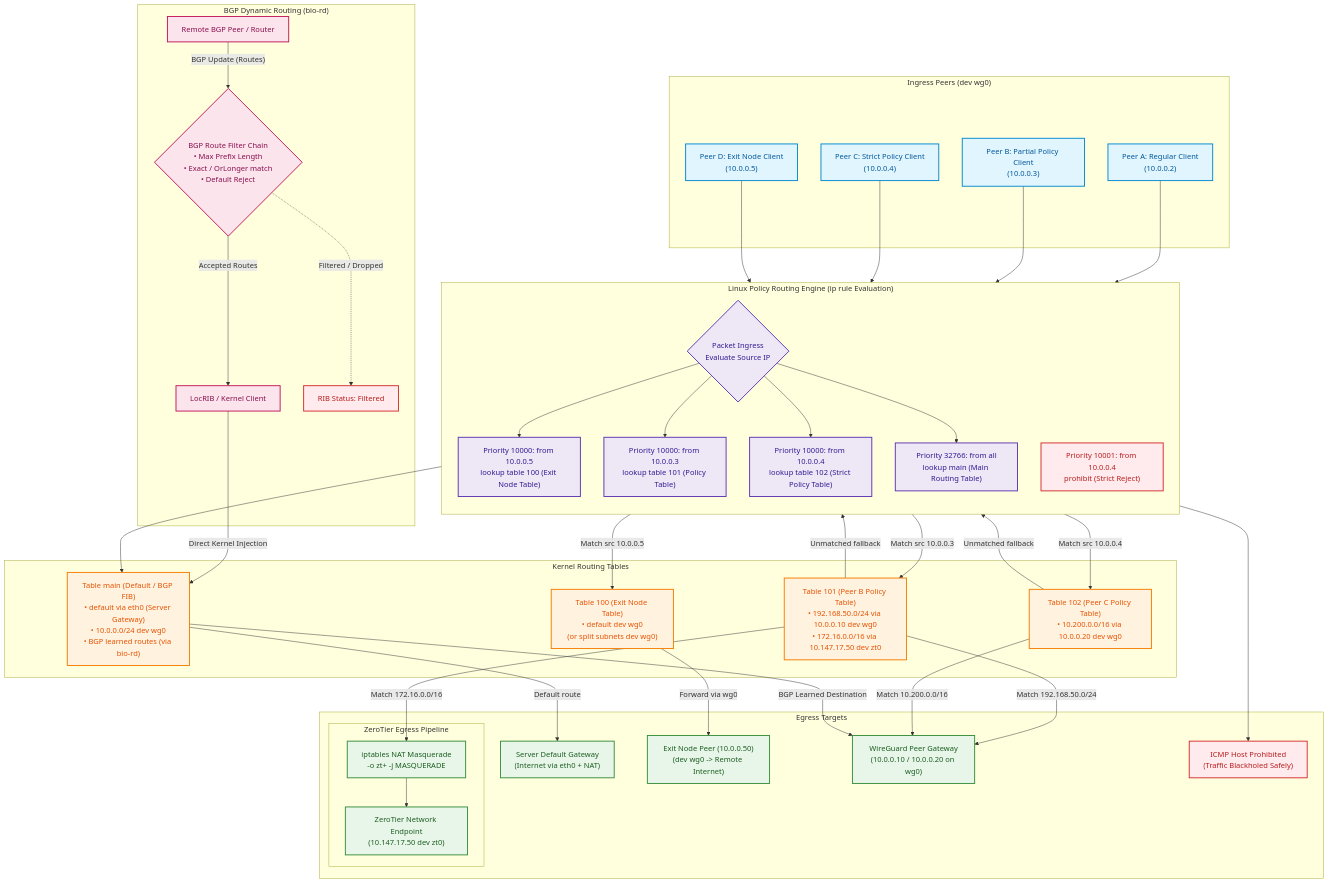
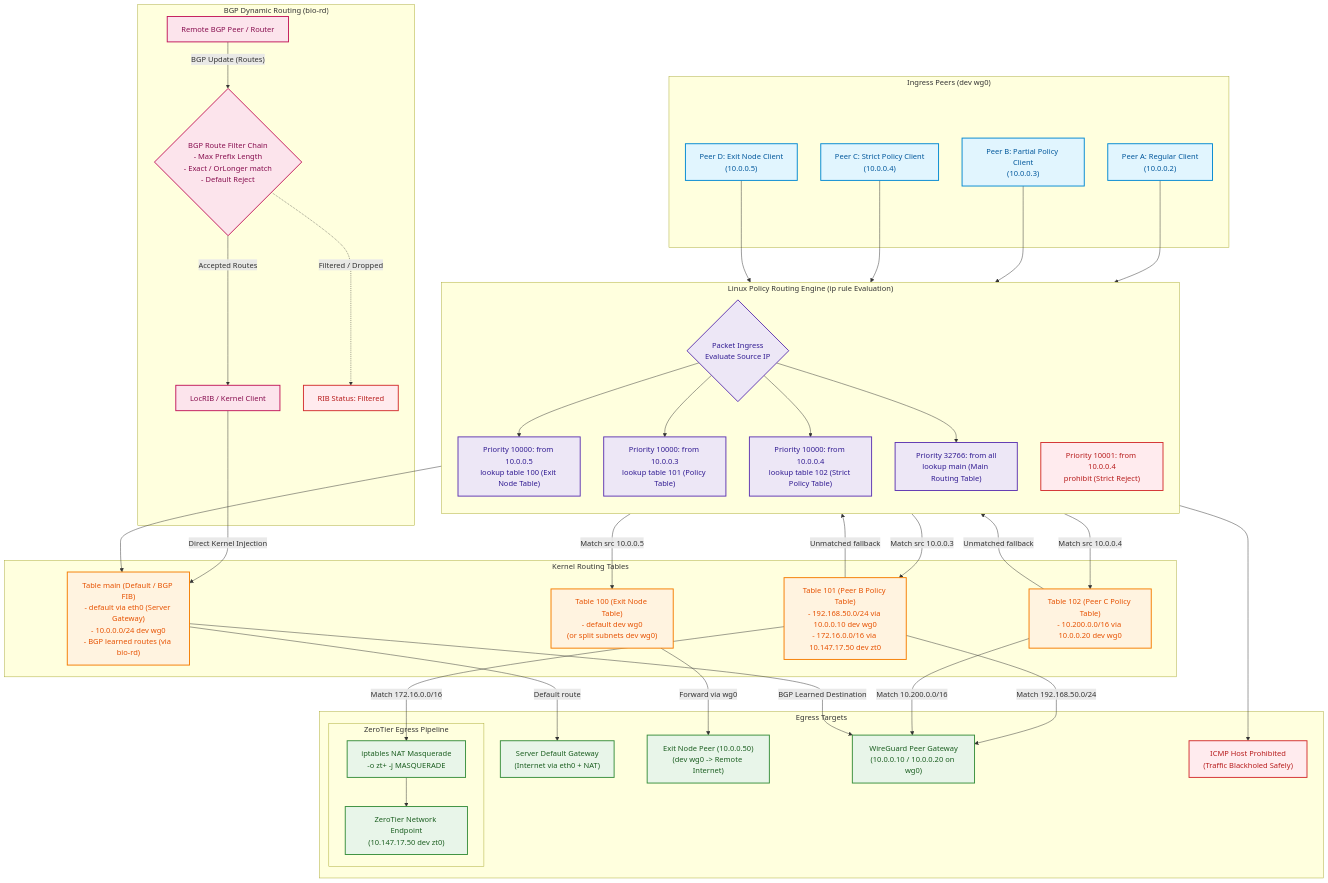
One commit to yix/wg-busy changed the first of 8 diagrams in ROUTING_SHOWCASE.md. Above: the diagram before and after it, drawn with Mermaid. The commit also changed other lines of this file, not shown here.

Commit message:
fix broken diagrams

````diff
--- a/ROUTING_SHOWCASE.md
+++ b/ROUTING_SHOWCASE.md
@@ -13,15 +13,15 @@
 ```mermaid
 flowchart TD
     %% Styling
-    classDef client fill:#e1f5fe,stroke:#0288d1,stroke-width:2px,color:#01579b;
-    classDef engine fill:#ede7f6,stroke:#5e35b1,stroke-width:2px,color:#311b92;
-    classDef table fill:#fff3e0,stroke:#f57c00,stroke-width:2px,color:#e65100;
-    classDef egress fill:#e8f5e9,stroke:#388e3c,stroke-width:2px,color:#1b5e20;
-    classDef bgp fill:#fce4ec,stroke:#c2185b,stroke-width:2px,color:#880e4f;
-    classDef drop fill:#ffebee,stroke:#d32f2f,stroke-width:2px,color:#b71c1c;
+    classDef client fill:#e1f5fe,stroke:#0288d1,stroke-width:2px,color:#01579b
+    classDef engine fill:#ede7f6,stroke:#5e35b1,stroke-width:2px,color:#311b92
+    classDef table fill:#fff3e0,stroke:#f57c00,stroke-width:2px,color:#e65100
+    classDef egress fill:#e8f5e9,stroke:#388e3c,stroke-width:2px,color:#1b5e20
+    classDef bgp fill:#fce4ec,stroke:#c2185b,stroke-width:2px,color:#880e4f
+    classDef drop fill:#ffebee,stroke:#d32f2f,stroke-width:2px,color:#b71c1c
 
     %% Ingress Clients
-    subgraph Ingress["Ingress Peers (dev wg0)"]
+    subgraph Ingress ["Ingress Peers (dev wg0)"]
         P_REG["Peer A: Regular Client<br/>(10.0.0.2)"]:::client
         P_PARTIAL["Peer B: Partial Policy Client<br/>(10.0.0.3)"]:::client
         P_STRICT["Peer C: Strict Policy Client<br/>(10.0.0.4)"]:::client
@@ -29,7 +29,7 @@
     end
 
     %% Linux Policy Routing Engine (ip rule)
-    subgraph PolicyEngine["Linux Policy Routing Engine (ip rule Evaluation)"]
+    subgraph PolicyEngine ["Linux Policy Routing Engine (ip rule Evaluation)"]
         direction TB
         R_START{"Packet Ingress<br/>Evaluate Source IP"}:::engine
         
@@ -42,32 +42,33 @@
     end
 
     %% Routing Tables
-    subgraph RoutingTables["Kernel Routing Tables"]
-        T_EXIT["Table 100 (Exit Node Table)<br/>• default dev wg0<br/>(or split subnets dev wg0)"]:::table
-        T_POL_B["Table 101 (Peer B Policy Table)<br/>• 192.168.50.0/24 via 10.0.0.10 dev wg0<br/>• 172.16.0.0/16 via 10.147.17.50 dev zt0"]:::table
-        T_POL_C["Table 102 (Peer C Policy Table)<br/>• 10.200.0.0/16 via 10.0.0.20 dev wg0"]:::table
-        T_MAIN["Table main (Default / BGP FIB)<br/>• default via eth0 (Server Gateway)<br/>• 10.0.0.0/24 dev wg0<br/>• BGP learned routes (via bio-rd)"]:::table
+    subgraph RoutingTables ["Kernel Routing Tables"]
+        T_EXIT["Table 100 (Exit Node Table)<br/>- default dev wg0<br/>(or split subnets dev wg0)"]:::table
+        T_POL_B["Table 101 (Peer B Policy Table)<br/>- 192.168.50.0/24 via 10.0.0.10 dev wg0<br/>- 172.16.0.0/16 via 10.147.17.50 dev zt0"]:::table
+        T_POL_C["Table 102 (Peer C Policy Table)<br/>- 10.200.0.0/16 via 10.0.0.20 dev wg0"]:::table
+        T_MAIN["Table main (Default / BGP FIB)<br/>- default via eth0 (Server Gateway)<br/>- 10.0.0.0/24 dev wg0<br/>- BGP learned routes (via bio-rd)"]:::table
     end
 
     %% BGP Control Plane
-    subgraph BGPPlane["BGP Dynamic Routing (bio-rd)"]
+    subgraph BGPPlane ["BGP Dynamic Routing (bio-rd)"]
         BGP_PEER["Remote BGP Peer / Router"]:::bgp
-        BGP_FILTER{"BGP Route Filter Chain<br/>• Max Prefix Length<br/>• Exact / OrLonger match<br/>• Default Reject"}:::bgp
+        BGP_FILTER{"BGP Route Filter Chain<br/>- Max Prefix Length<br/>- Exact / OrLonger match<br/>- Default Reject"}:::bgp
         BGP_RIB["LocRIB / Kernel Client"]:::bgp
+        BGP_DROP["RIB Status: Filtered"]:::drop
         
         BGP_PEER -->|"BGP Update (Routes)"| BGP_FILTER
         BGP_FILTER -->|"Accepted Routes"| BGP_RIB
-        BGP_FILTER -.->|"Filtered / Dropped"| BGP_DROP["RIB Status: Filtered"]:::drop
+        BGP_FILTER -.->|"Filtered / Dropped"| BGP_DROP
         BGP_RIB -->|"Direct Kernel Injection"| T_MAIN
     end
 
     %% Egress & Forwarding
-    subgraph Egress["Egress Targets"]
+    subgraph Egress ["Egress Targets"]
         E_DEF["Server Default Gateway<br/>(Internet via eth0 + NAT)"]:::egress
         E_EXIT_NODE["Exit Node Peer (10.0.0.50)<br/>(dev wg0 -> Remote Internet)"]:::egress
         E_WG_PEER["WireGuard Peer Gateway<br/>(10.0.0.10 / 10.0.0.20 on wg0)"]:::egress
         
-        subgraph ZTEgress["ZeroTier Egress Pipeline"]
+        subgraph ZTEgress ["ZeroTier Egress Pipeline"]
             ZT_NAT["iptables NAT Masquerade<br/>-o zt+ -j MASQUERADE"]:::egress
             ZT_NET["ZeroTier Network Endpoint<br/>(10.147.17.50 dev zt0)"]:::egress
         end
````
